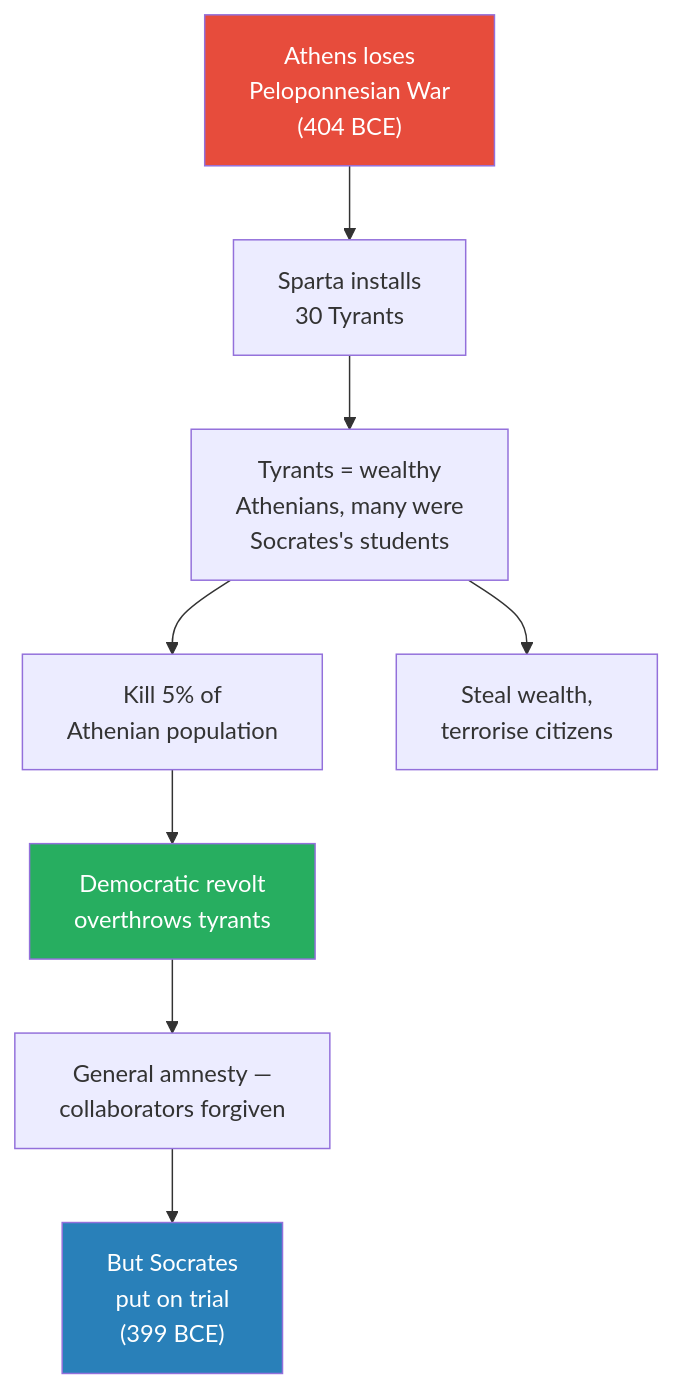
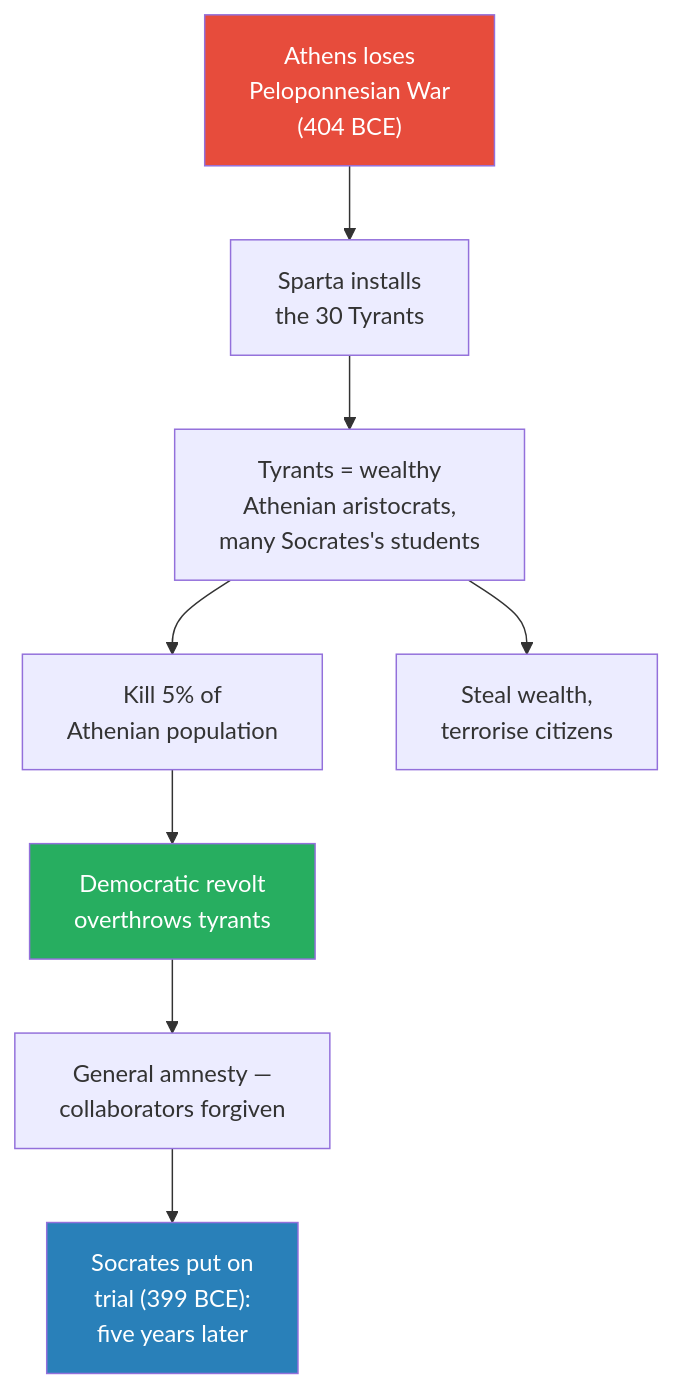
Before and after one commit to alius33/reader: the second of 9 diagrams in summaries/Lectures/Civilization/10 - The Trial of Socrates and Plato's Allegory of the Cave.md, drawn with Mermaid. The commit also changed other lines of this file and 26 other files, not shown here.

````diff
--- a/summaries/Lectures/Civilization/10 - The Trial of Socrates and Plato's Allegory of the Cave.md
+++ b/summaries/Lectures/Civilization/10 - The Trial of Socrates and Plato's Allegory of the Cave.md
@@ -151,13 +150,13 @@
 ```mermaid
 flowchart TB
-    PW["Athens loses<br/>Peloponnesian War<br/>(404 BCE)"] --> SP["Sparta installs<br/>30 Tyrants"]
-    SP --> TY["Tyrants = wealthy<br/>Athenians, many were<br/>Socrates's students"]
+    PW["Athens loses<br/>Peloponnesian War<br/>(404 BCE)"] --> SP["Sparta installs<br/>the 30 Tyrants"]
+    SP --> TY["Tyrants = wealthy<br/>Athenian aristocrats,<br/>many Socrates's students"]
     TY --> K["Kill 5% of<br/>Athenian population"]
     TY --> ST["Steal wealth,<br/>terrorise citizens"]
     K --> REV["Democratic revolt<br/>overthrows tyrants"]
     REV --> AM["General amnesty —<br/>collaborators forgiven"]
-    AM --> TR["But Socrates<br/>put on trial<br/>(399 BCE)"]
+    AM --> TR["Socrates put on<br/>trial (399 BCE):<br/>five years later"]
     style PW fill:#e74c3c,color:#fff
     style REV fill:#27ae60,color:#fff
     style TR fill:#2980b9,color:#fff
 ```
````
